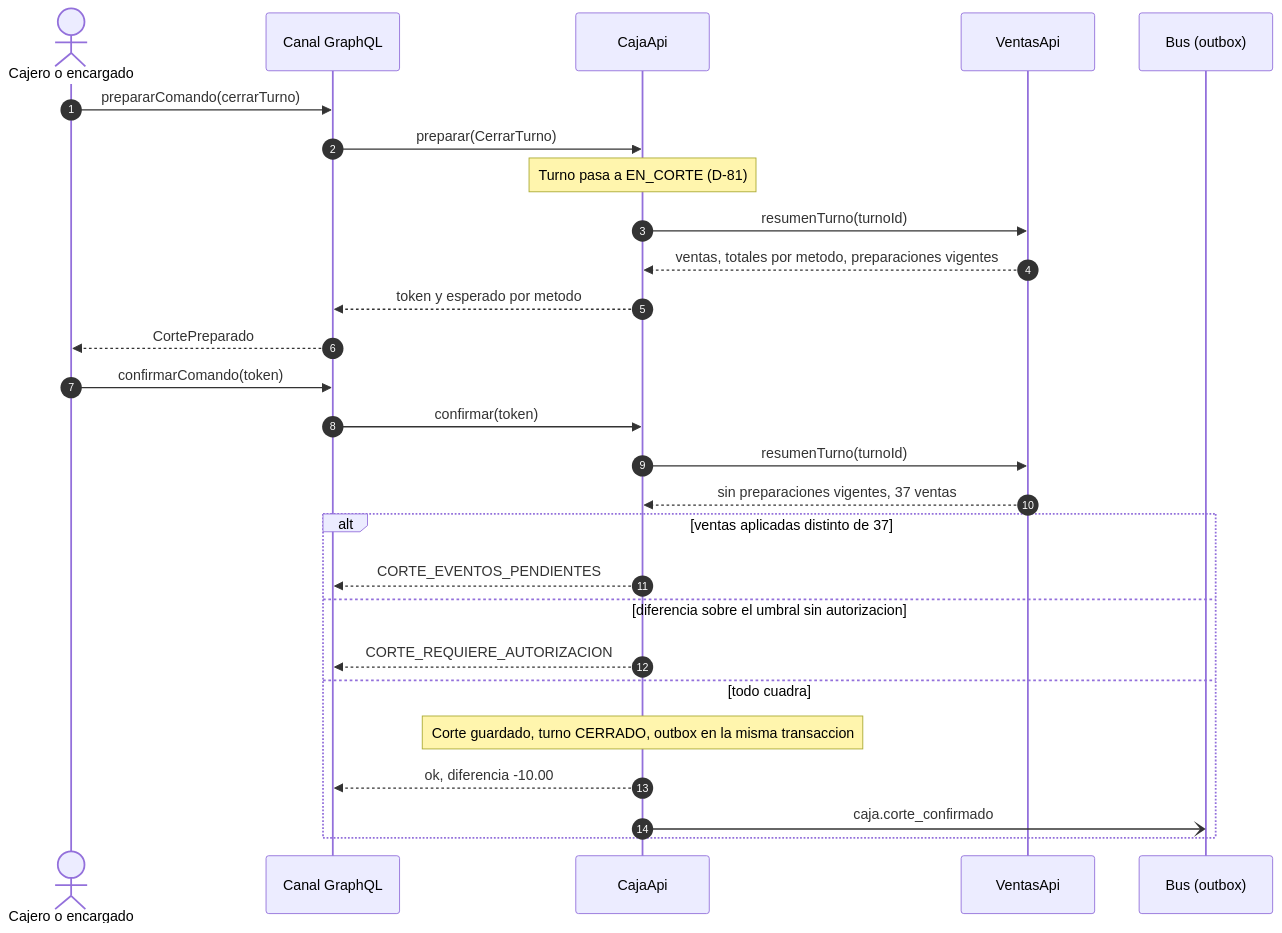
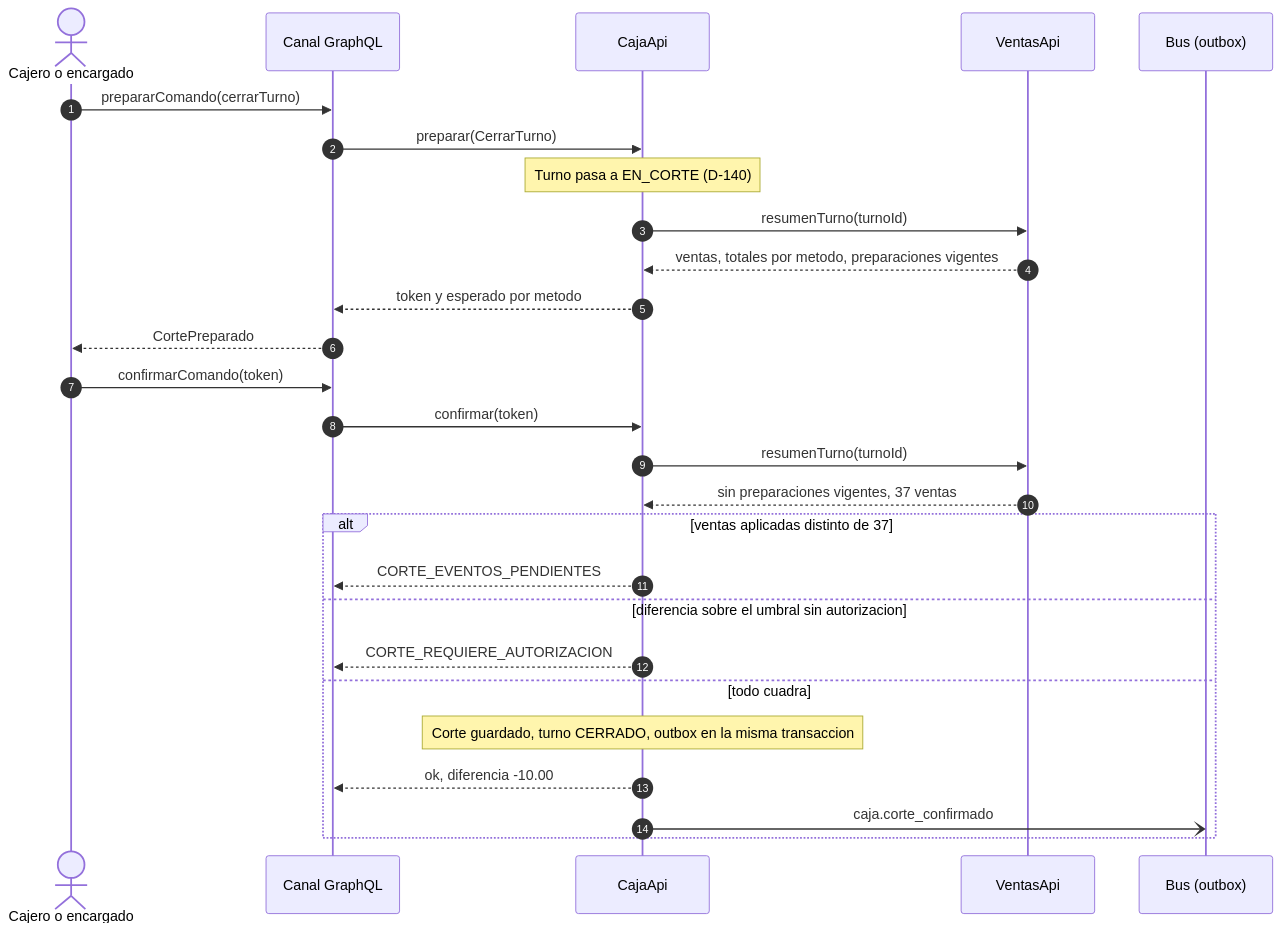
One commit to Julio-Cuellar/overtourism changed the second of 3 diagrams in docs/diseno/caja.md. Above: the diagram before and after it, drawn with Mermaid. The commit also changed other lines of this file and 166 other files, not shown here.

First line of the commit message:
feat: integra Ventas, Caja, Clientes e Inventario con Identidad por GraphQL

````diff
--- a/docs/diseno/caja.md
+++ b/docs/diseno/caja.md
@@ -257,29 +257,29 @@
 ```mermaid
 sequenceDiagram
   autonumber
   actor Cajero as Cajero o encargado
   participant G as Canal GraphQL
   participant C as CajaApi
   participant V as VentasApi
   participant B as Bus (outbox)
   Cajero->>G: prepararComando(cerrarTurno)
   G->>C: preparar(CerrarTurno)
-  Note over C: Turno pasa a EN_CORTE (D-81)
+  Note over C: Turno pasa a EN_CORTE (D-140)
   C->>V: resumenTurno(turnoId)
   V-->>C: ventas, totales por metodo, preparaciones vigentes
   C-->>G: token y esperado por metodo
   G-->>Cajero: CortePreparado
   Cajero->>G: confirmarComando(token)
   G->>C: confirmar(token)
   C->>V: resumenTurno(turnoId)
   V-->>C: sin preparaciones vigentes, 37 ventas
   alt ventas aplicadas distinto de 37
     C-->>G: CORTE_EVENTOS_PENDIENTES
   else diferencia sobre el umbral sin autorizacion
     C-->>G: CORTE_REQUIERE_AUTORIZACION
   else todo cuadra
     Note over C: Corte guardado, turno CERRADO, outbox en la misma transaccion
     C-->>G: ok, diferencia -10.00
     C-)B: caja.corte_confirmado
   end
 ```
````
